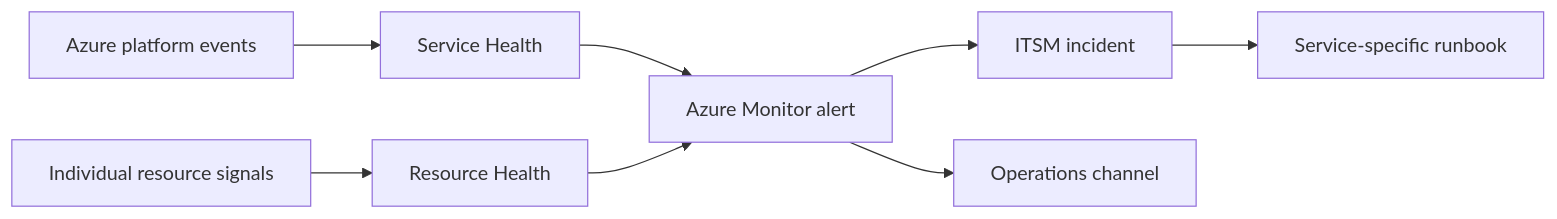
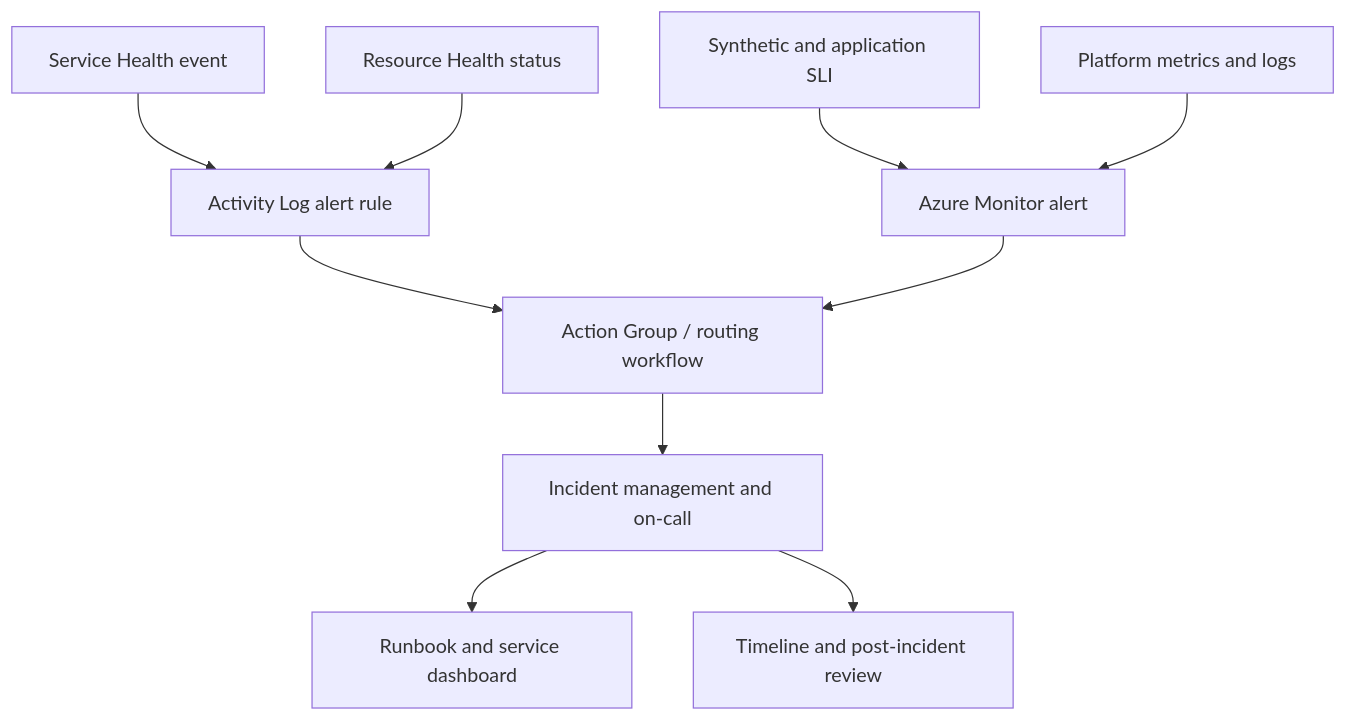
The diagram in _posts/2024-09-20-azure-service-health-operational-readiness-2024.md (alain-cloud/blog), drawn with Mermaid before and after one commit. The commit also changed other lines of this file and 5 other files, not shown here.

````diff
--- a/_posts/2024-09-20-azure-service-health-operational-readiness-2024.md
+++ b/_posts/2024-09-20-azure-service-health-operational-readiness-2024.md
@@ -11,10 +87,12 @@
 ```mermaid
-flowchart LR
- Azure[Azure platform events] --> SH[Service Health]
- Resource[Individual resource signals] --> RH[Resource Health]
- SH --> Alert[Azure Monitor alert]
- RH --> Alert
- Alert --> ITSM[ITSM incident]
- Alert --> Teams[Operations channel]
- ITSM --> Runbook[Service-specific runbook]
+flowchart TB
+  SH[Service Health event] --> Alert[Activity Log alert rule]
+  RH[Resource Health status] --> Alert
+  App[Synthetic and application SLI] --> Monitor[Azure Monitor alert]
+  Infra[Platform metrics and logs] --> Monitor
+  Alert --> Route[Action Group / routing workflow]
+  Monitor --> Route
+  Route --> Incident[Incident management and on-call]
+  Incident --> Runbook[Runbook and service dashboard]
+  Incident --> Postmortem[Timeline and post-incident review]
 ```
````
